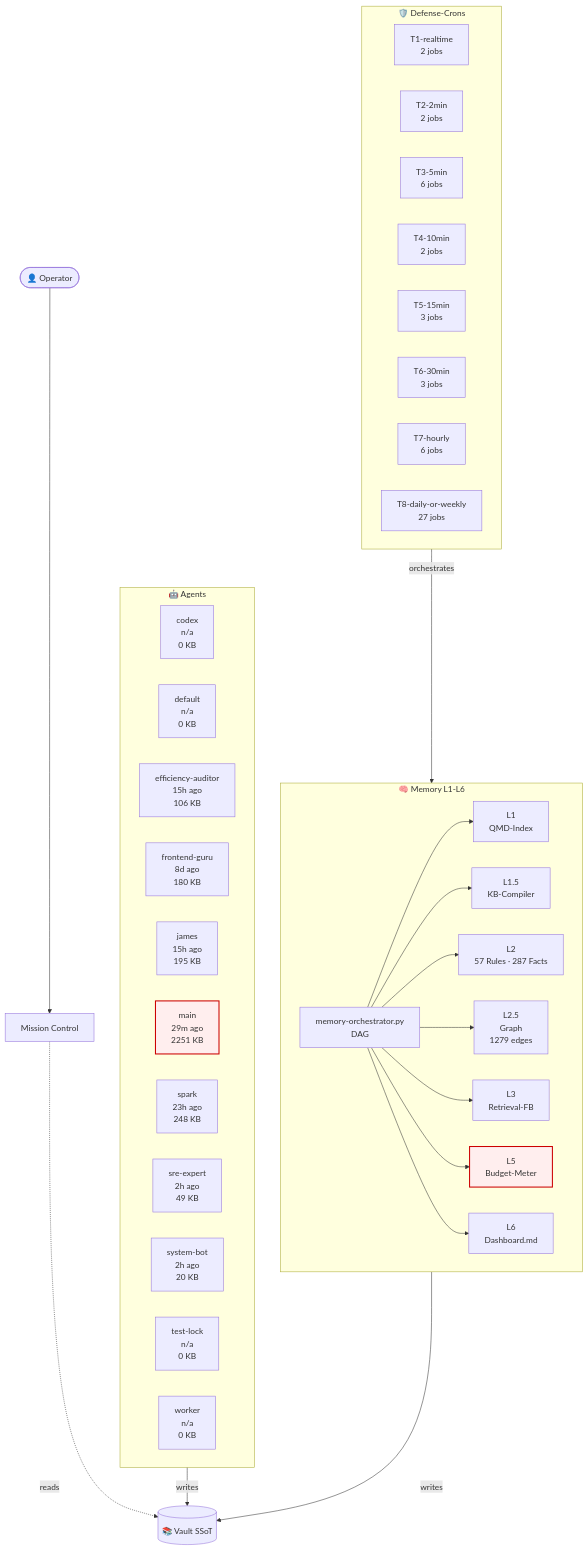
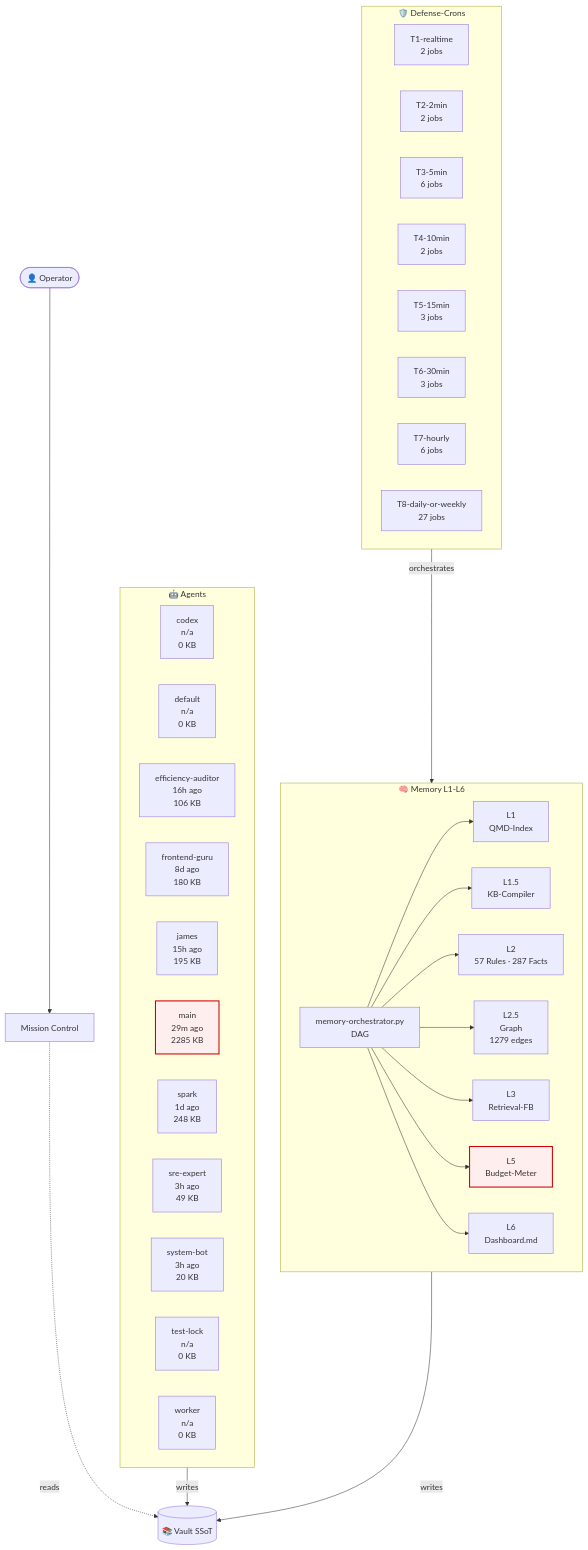
Before and after one commit to lenardhuebner88-rgb/openclaw-memory: the diagram in 03-Agents/architecture-live.md, drawn with Mermaid. The commit also changed other lines of this file and 13 other files, not shown here.

````diff
--- a/03-Agents/architecture-live.md
+++ b/03-Agents/architecture-live.md
@@ -18,54 +18,54 @@
 ```mermaid
 flowchart TB
     classDef critical fill:#fee,stroke:#c00,stroke-width:2px;
     subgraph AGT["🤖 Agents"]
         agent_codex["codex<br/>n/a<br/>0 KB"]
         agent_default["default<br/>n/a<br/>0 KB"]
-        agent_efficiency_auditor["efficiency-auditor<br/>15h ago<br/>106 KB"]
+        agent_efficiency_auditor["efficiency-auditor<br/>16h ago<br/>106 KB"]
         agent_frontend_guru["frontend-guru<br/>8d ago<br/>180 KB"]
         agent_james["james<br/>15h ago<br/>195 KB"]
-        agent_main["main<br/>29m ago<br/>2251 KB"]
-        agent_spark["spark<br/>23h ago<br/>248 KB"]
-        agent_sre_expert["sre-expert<br/>2h ago<br/>49 KB"]
-        agent_system_bot["system-bot<br/>2h ago<br/>20 KB"]
+        agent_main["main<br/>29m ago<br/>2285 KB"]
+        agent_spark["spark<br/>1d ago<br/>248 KB"]
+        agent_sre_expert["sre-expert<br/>3h ago<br/>49 KB"]
+        agent_system_bot["system-bot<br/>3h ago<br/>20 KB"]
         agent_test_lock["test-lock<br/>n/a<br/>0 KB"]
         agent_worker["worker<br/>n/a<br/>0 KB"]
     end
     subgraph MEM["🧠 Memory L1-L6"]
         L1["L1<br/>QMD-Index"]
         L15["L1.5<br/>KB-Compiler"]
         L2["L2<br/>57 Rules · 287 Facts"]
         L25["L2.5<br/>Graph<br/>1279 edges"]
         L3["L3<br/>Retrieval-FB"]
         L5["L5<br/>Budget-Meter"]
         L6["L6<br/>Dashboard.md"]
         ORCH["memory-orchestrator.py<br/>DAG"]
     end
     subgraph CRN["🛡️ Defense-Crons"]
         tier_T1_realtime["T1-realtime<br/>2 jobs"]
         tier_T2_2min["T2-2min<br/>2 jobs"]
         tier_T3_5min["T3-5min<br/>6 jobs"]
         tier_T4_10min["T4-10min<br/>2 jobs"]
         tier_T5_15min["T5-15min<br/>3 jobs"]
         tier_T6_30min["T6-30min<br/>3 jobs"]
         tier_T7_hourly["T7-hourly<br/>6 jobs"]
         tier_T8_daily_or_weekly["T8-daily-or-weekly<br/>27 jobs"]
     end
     VAULT[("📚 Vault SSoT")]
     OP([👤 Operator])
     MC["Mission Control"]
     OP --> MC
     MC -.reads.-> VAULT
     AGT -->|writes| VAULT
     MEM -->|writes| VAULT
     ORCH --> L1
     ORCH --> L15
     ORCH --> L2
     ORCH --> L25
     ORCH --> L3
     ORCH --> L5
     ORCH --> L6
     CRN -->|orchestrates| MEM
     class L5 critical
     class agent_main critical
 ```
````
